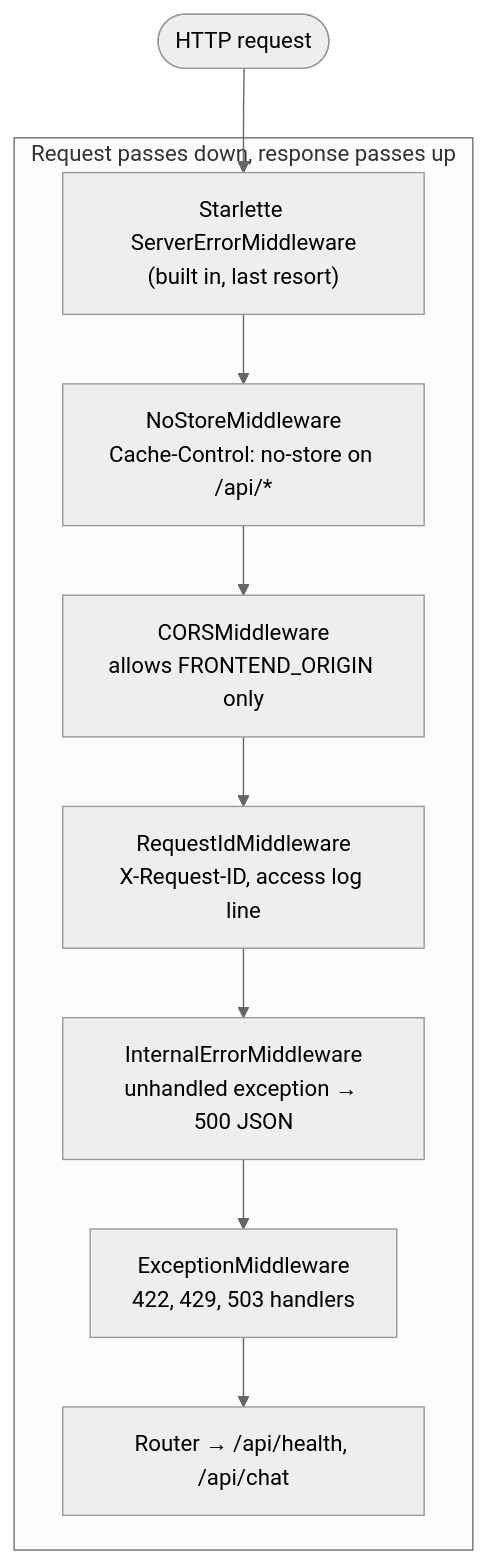
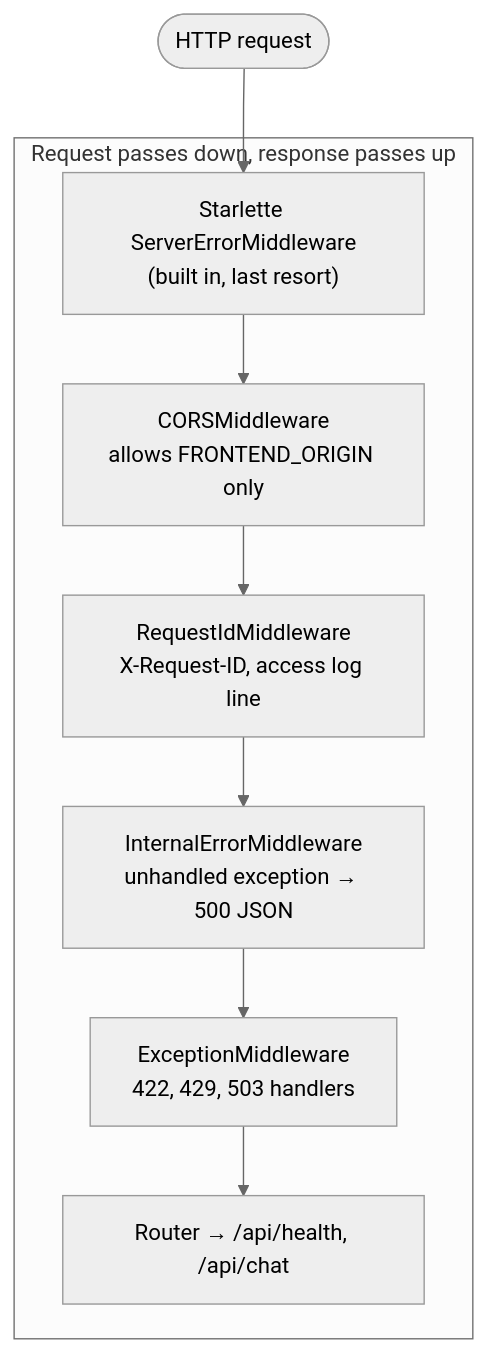
The ninth of 14 diagrams in docs/developer-guide.md (NaveenManjappa/hr-assist), drawn with Mermaid (neutral theme) before and after one commit. The commit also changed other lines of this file and 8 other files, not shown here.

First line of the commit message:
Drop the no-store middleware from API responses

````diff
--- a/docs/developer-guide.md
+++ b/docs/developer-guide.md
@@ -744,14 +744,13 @@
 ```mermaid
 flowchart TB
     REQ(["HTTP request"]) --> SEM
     subgraph STACK["Request passes down, response passes up"]
         SEM["Starlette ServerErrorMiddleware<br/>(built in, last resort)"]
-        NS["NoStoreMiddleware<br/>Cache-Control: no-store on /api/*"]
         CORS["CORSMiddleware<br/>allows FRONTEND_ORIGIN only"]
         RID["RequestIdMiddleware<br/>X-Request-ID, access log line"]
         IEM["InternalErrorMiddleware<br/>unhandled exception → 500 JSON"]
         EXC["ExceptionMiddleware<br/>422, 429, 503 handlers"]
         ROUTER["Router → /api/health, /api/chat"]
-        SEM --> NS --> CORS --> RID --> IEM --> EXC --> ROUTER
+        SEM --> CORS --> RID --> IEM --> EXC --> ROUTER
     end
 ```
````
